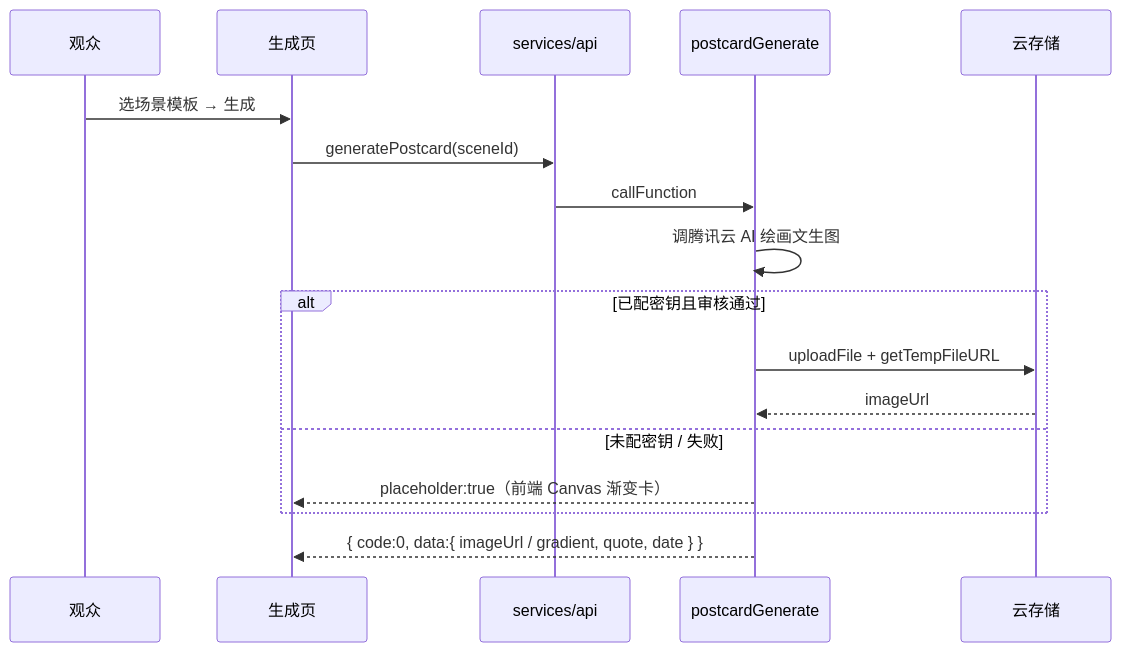
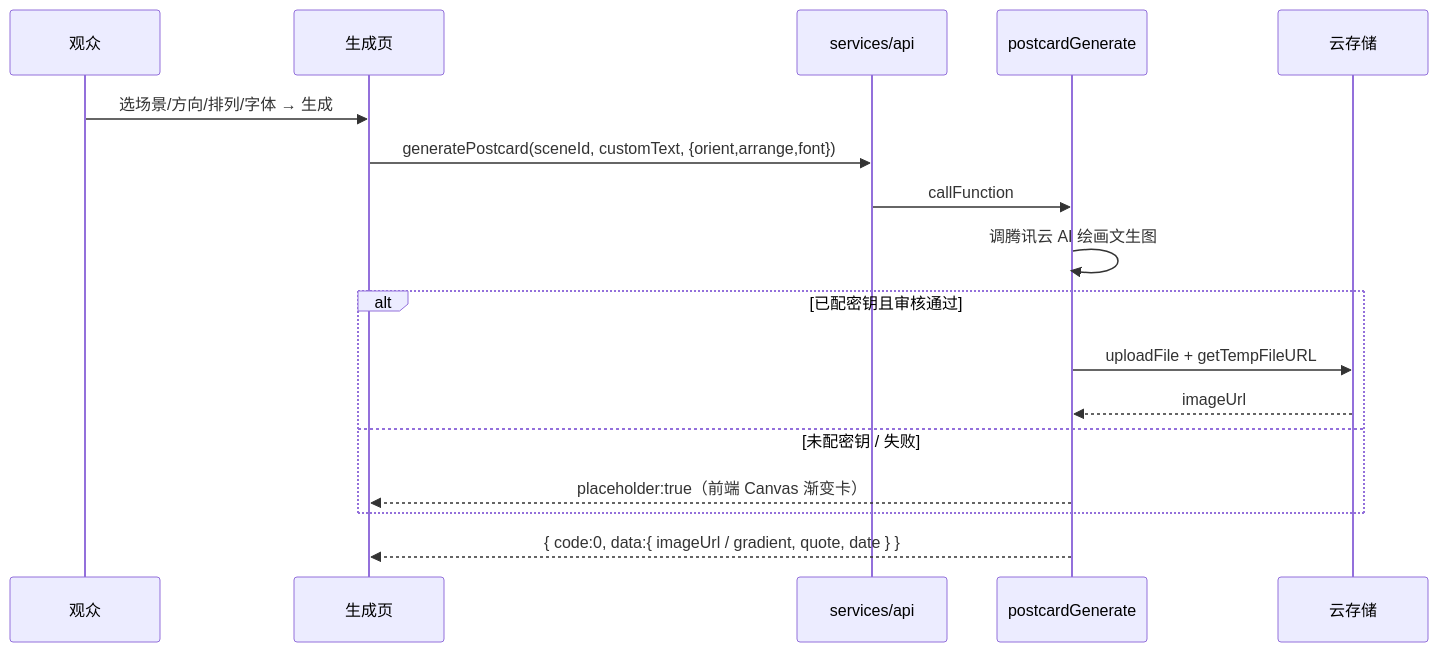
Before and after one commit to Yang739/RedEcho: the third of 4 diagrams in README.md, drawn with Mermaid. The commit also changed other lines of this file and 4 other files, not shown here.

````diff
--- a/README.md
+++ b/README.md
@@ -105,19 +107,19 @@
 ```mermaid
 sequenceDiagram
     participant U as 观众
     participant Page as 生成页
     participant API as services/api
     participant Fn as postcardGenerate
     participant COS as 云存储
-    U->>Page: 选场景模板 → 生成
-    Page->>API: generatePostcard(sceneId)
+    U->>Page: 选场景/方向/排列/字体 → 生成
+    Page->>API: generatePostcard(sceneId, customText, {orient,arrange,font})
     API->>Fn: callFunction
     Fn->>Fn: 调腾讯云 AI 绘画文生图
     alt 已配密钥且审核通过
         Fn->>COS: uploadFile + getTempFileURL
         COS-->>Fn: imageUrl
     else 未配密钥 / 失败
         Fn-->>Page: placeholder:true（前端 Canvas 渐变卡）
     end
     Fn-->>Page: { code:0, data:{ imageUrl / gradient, quote, date } }
 ```
````
